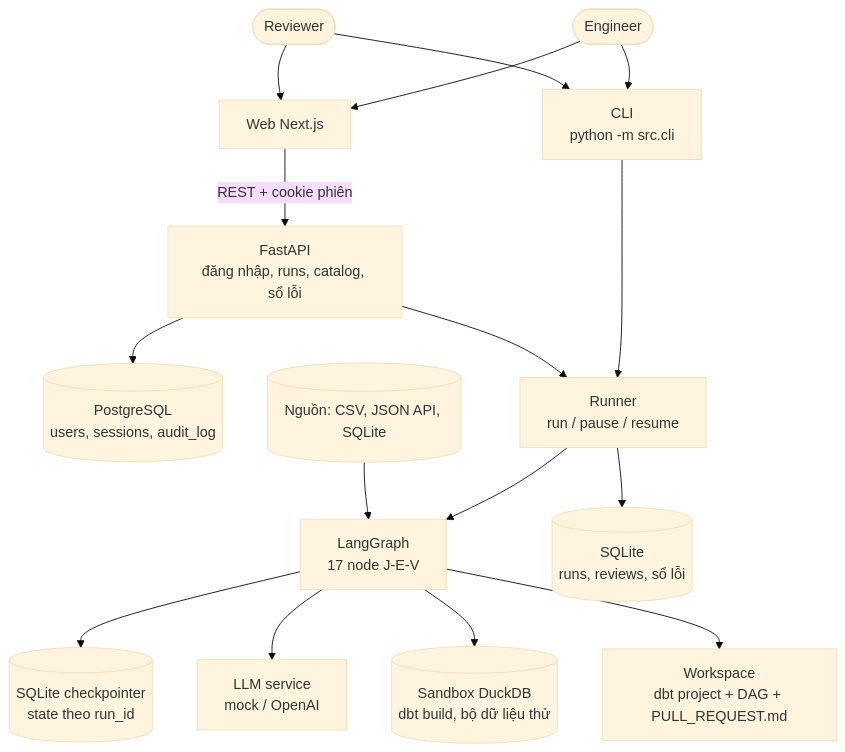
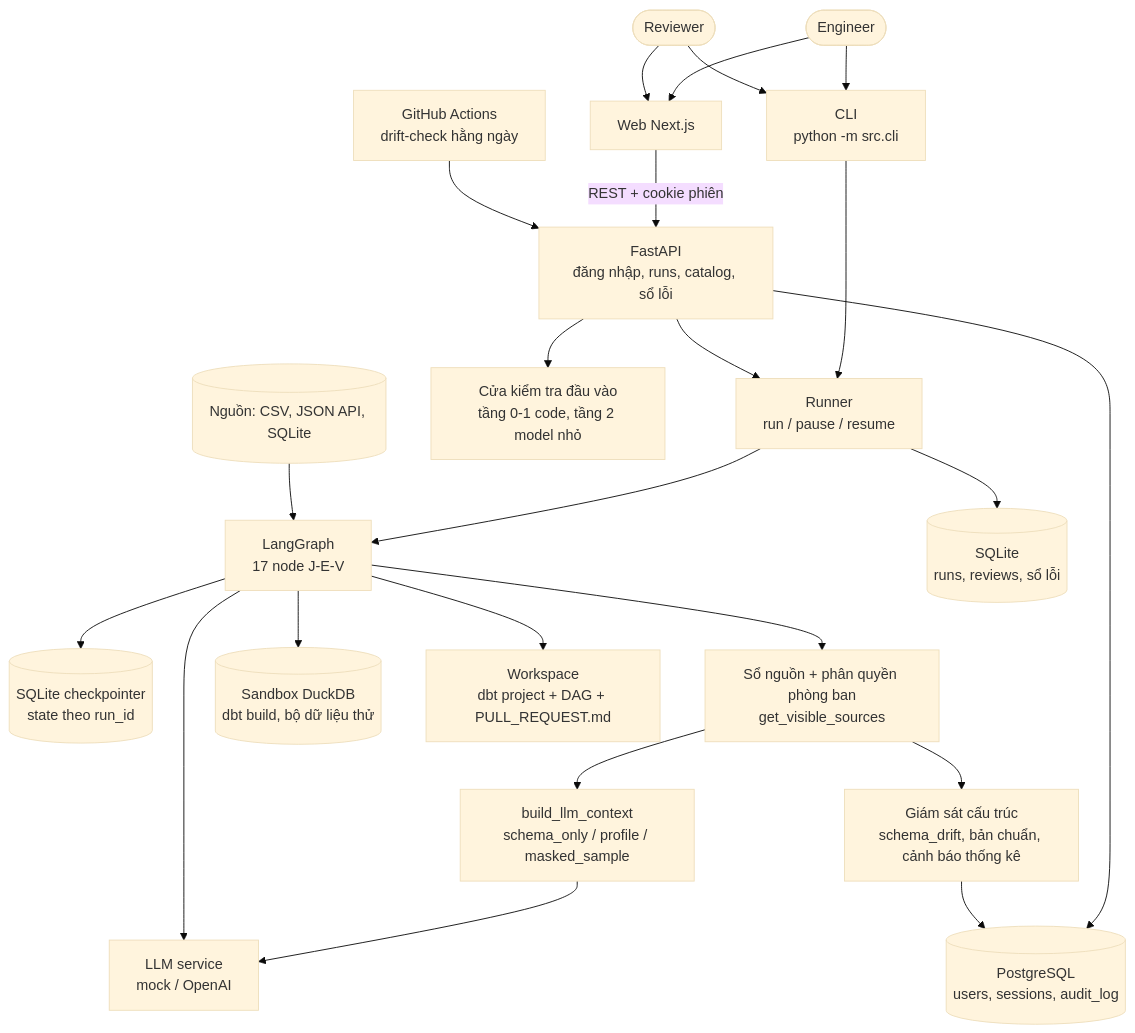
Before and after one commit to TrungTuyenDo02/AI_Agent_Pipeline_ETL-ELT: the first of 2 diagrams in docs/architecture_diagram.md, drawn with Mermaid (base theme). The commit also changed other lines of this file and 56 other files, not shown here.

````diff
--- a/docs/architecture_diagram.md
+++ b/docs/architecture_diagram.md
@@ -11,18 +11,25 @@
 ```mermaid
 graph TB
     Eng([Engineer]) --> CLI[CLI<br/>python -m src.cli]
     Rev([Reviewer]) --> CLI
     Eng --> Web[Web Next.js]
     Rev --> Web
     Web -->|REST + cookie phiên| API[FastAPI<br/>đăng nhập, runs, catalog, sổ lỗi]
     API --> PG[(PostgreSQL<br/>users, sessions, audit_log)]
     CLI --> Runner[Runner<br/>run / pause / resume]
     API --> Runner
     Runner --> Graph[LangGraph<br/>17 node J-E-V]
     Runner --> Store[(SQLite<br/>runs, reviews, sổ lỗi)]
     Graph --> Ckpt[(SQLite checkpointer<br/>state theo run_id)]
+    API --> Gate[Cửa kiểm tra đầu vào<br/>tầng 0-1 code, tầng 2 model nhỏ]
+    Graph --> Registry[Sổ nguồn + phân quyền phòng ban<br/>get_visible_sources]
+    Registry --> Ctx[build_llm_context<br/>schema_only / profile / masked_sample]
+    Ctx --> LLM
+    Registry --> Drift[Giám sát cấu trúc<br/>schema_drift, bản chuẩn, cảnh báo thống kê]
+    Cron[GitHub Actions<br/>drift-check hằng ngày] --> API
+    Drift --> PG
     Graph --> LLM[LLM service<br/>mock / OpenAI]
     Graph --> Sandbox[(Sandbox DuckDB<br/>dbt build, bộ dữ liệu thử)]
     Graph --> WS[Workspace<br/>dbt project + DAG + PULL_REQUEST.md]
     Sources[(Nguồn: CSV, JSON API, SQLite)] --> Graph
 ```
````
